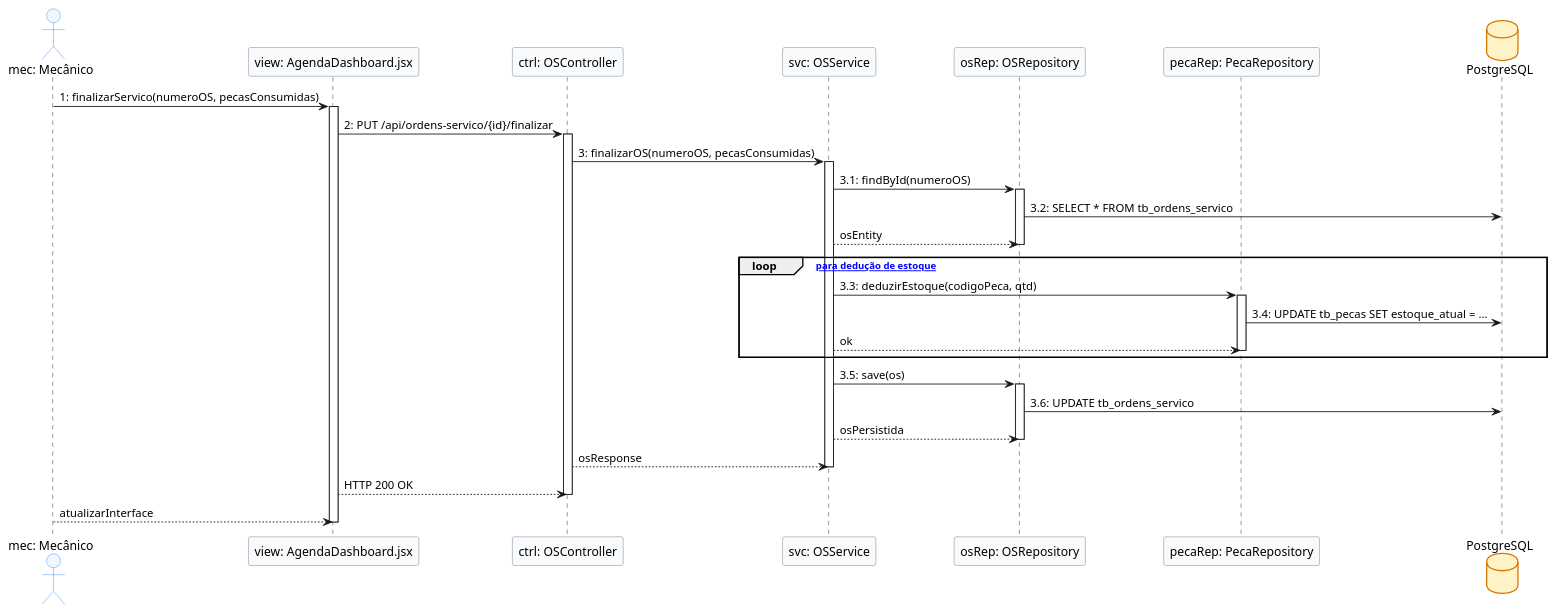
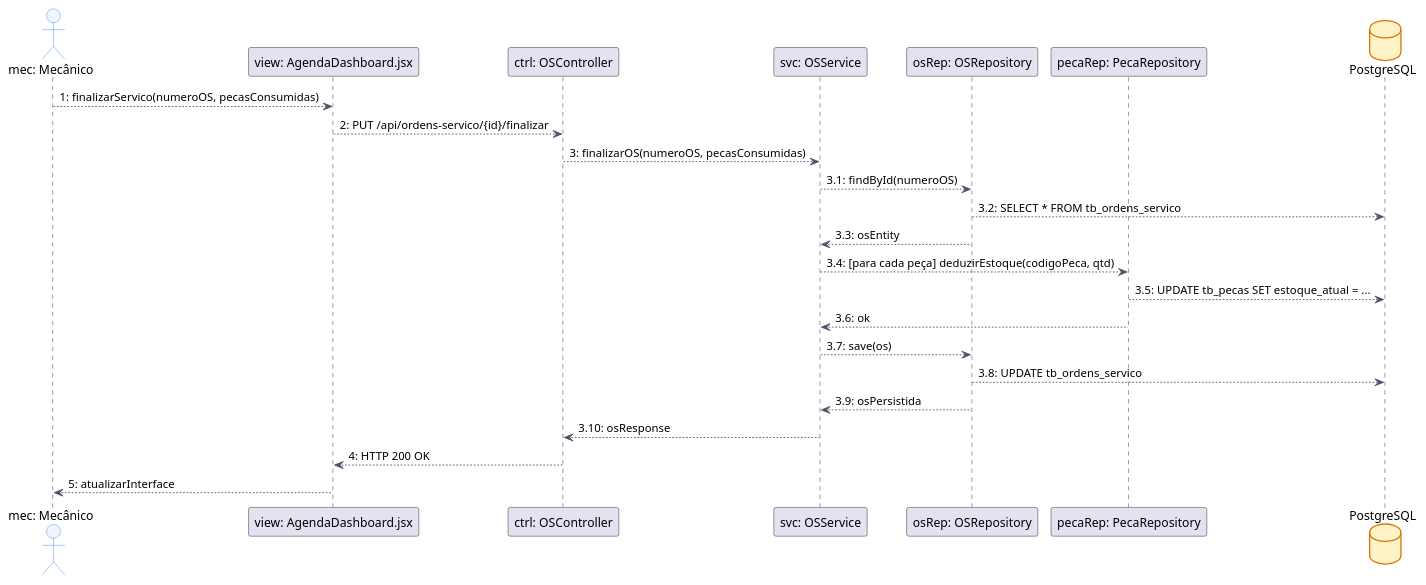
The diagram in Diagramas/PlantUML/Comunicação-03.puml (Mateus7799/Autofix), drawn with PlantUML before and after one commit. The commit also changed 13 other files, not shown here.

Commit message:
docs: corrigindo  diagramas

```diff
--- a/Diagramas/PlantUML/Comunicação-03.puml
+++ b/Diagramas/PlantUML/Comunicação-03.puml
@@ -1,65 +1,36 @@
-@startuml "Comunicação Vertical - Atualizar Ordem de Serviço"
+@startuml "Comunicação - Atualizar Ordem de Serviço"
+skinparam shadowing false
+skinparam defaultFontName "Helvetica"
+skinparam monochrome false
+skinparam ObjectBackgroundColor #F8FAFC
+skinparam ObjectBorderColor #64748B
+skinparam DatabaseBackgroundColor #FEF3C7
+skinparam DatabaseBorderColor #D97706
+skinparam ActorBackgroundColor #EFF6FF
+skinparam ActorBorderColor #3B82F6
+skinparam ArrowColor #475569
 
+actor  "mec: Mecânico"               as mec
+participant "view: AgendaDashboard.jsx"   as view
+participant "ctrl: OSController"          as ctrl
+participant "svc: OSService"              as svc
+participant "osRep: OSRepository"         as osRep
+participant "pecaRep: PecaRepository"     as pecaRep
+database "PostgreSQL"                as db
 
-skinparam shadowed false
-skinparam ParticipantPadding 40
-
-skinparam actor {
-    BackgroundColor #EFF6FF
-    BorderColor #3B82F6
-}
-skinparam participant {
-    BackgroundColor #F8FAFC
-    BorderColor #64748B
-}
-skinparam database {
-    BackgroundColor #FEF3C7
-    BorderColor #D97706
-}
-
-actor "mec: Mecânico" as mec
-participant "view: AgendaDashboard.jsx" as view
-participant "ctrl: OSController" as ctrl
-participant "svc: OSService" as svc
-participant "osRep: OSRepository" as osRep
-participant "pecaRep: PecaRepository" as pecaRep
-database "PostgreSQL" as db
-
-mec -> view : 1: finalizarServico(numeroOS, pecasConsumidas)
-activate view
-
-view -> ctrl : 2: PUT /api/ordens-servico/{id}/finalizar
-activate ctrl
-
-ctrl -> svc : 3: finalizarOS(numeroOS, pecasConsumidas)
-activate svc
-
-svc -> osRep : 3.1: findById(numeroOS)
-activate osRep
-osRep -> db : 3.2: SELECT * FROM tb_ordens_servico
-osRep <-- svc : osEntity
-deactivate osRep
-
-loop [loop para dedução de estoque]
-    svc -> pecaRep : 3.3: deduzirEstoque(codigoPeca, qtd)
-    activate pecaRep
-    pecaRep -> db : 3.4: UPDATE tb_pecas SET estoque_atual = ...
-    pecaRep <-- svc : ok
-    deactivate pecaRep
-end
-
-svc -> osRep : 3.5: save(os)
-activate osRep
-osRep -> db : 3.6: UPDATE tb_ordens_servico
-osRep <-- svc : osPersistida
-deactivate osRep
-
-svc <-- ctrl : osResponse
-deactivate svc
-
-ctrl <-- view : HTTP 200 OK
-deactivate ctrl
-
-view <-- mec : atualizarInterface
-deactivate view
+mec     --> view    : 1: finalizarServico(numeroOS, pecasConsumidas)
+view    --> ctrl    : 2: PUT /api/ordens-servico/{id}/finalizar
+ctrl    --> svc     : 3: finalizarOS(numeroOS, pecasConsumidas)
+svc     --> osRep   : 3.1: findById(numeroOS)
+osRep   --> db      : 3.2: SELECT * FROM tb_ordens_servico
+osRep   --> svc     : 3.3: osEntity
+svc     --> pecaRep : 3.4: [para cada peça] deduzirEstoque(codigoPeca, qtd)
+pecaRep --> db      : 3.5: UPDATE tb_pecas SET estoque_atual = ...
+pecaRep --> svc     : 3.6: ok
+svc     --> osRep   : 3.7: save(os)
+osRep   --> db      : 3.8: UPDATE tb_ordens_servico
+osRep   --> svc     : 3.9: osPersistida
+svc     --> ctrl    : 3.10: osResponse
+ctrl    --> view    : 4: HTTP 200 OK
+view    --> mec     : 5: atualizarInterface
 @enduml
```
